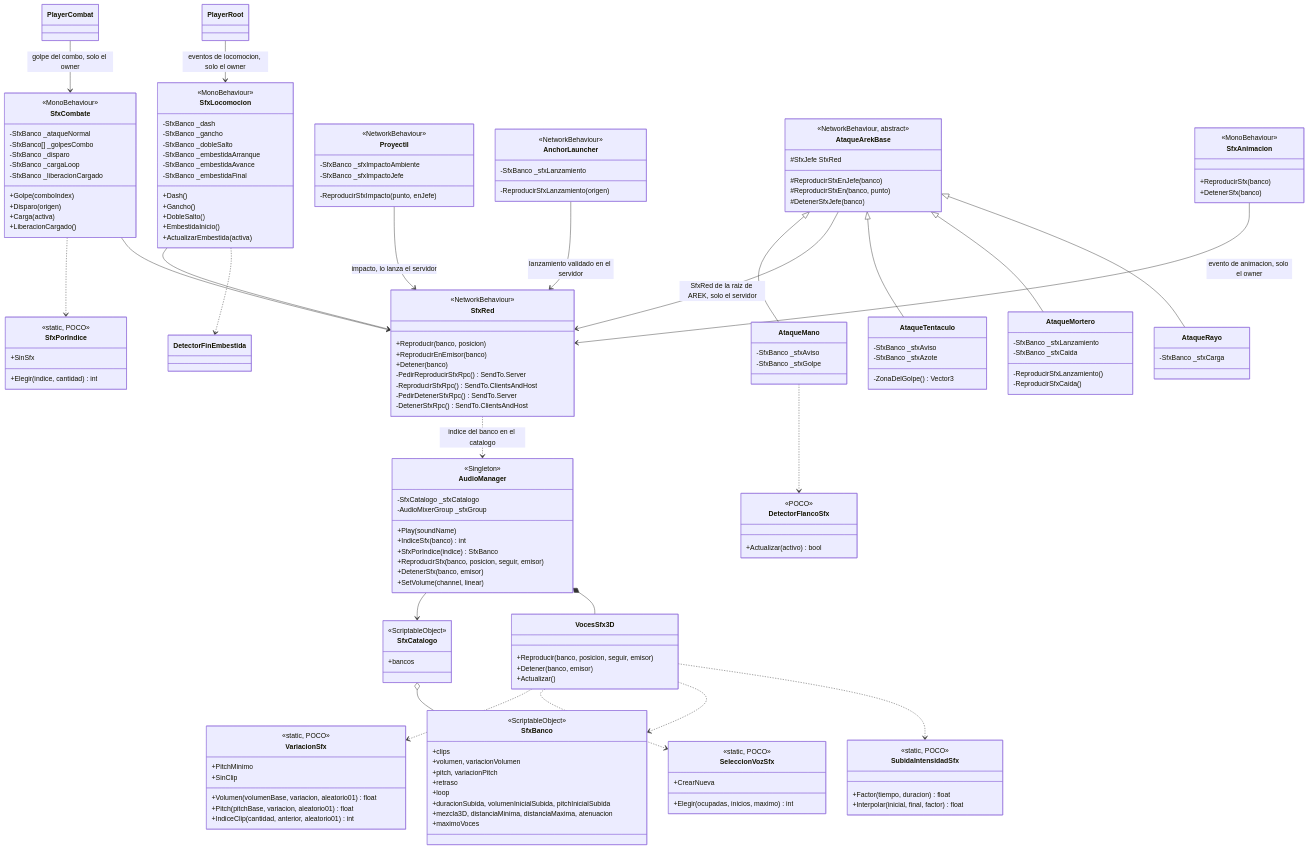
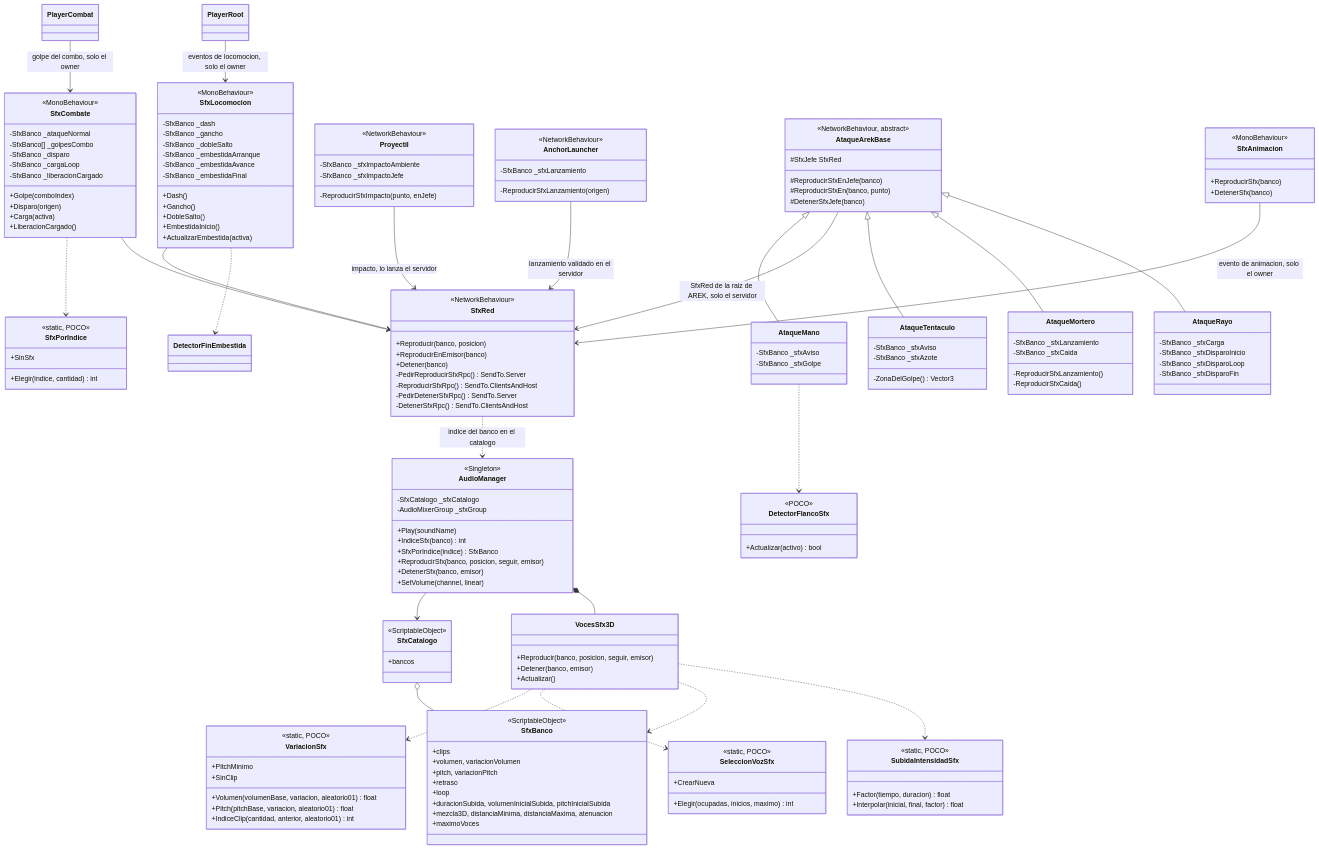
Before and after one commit to VicBojoDev10/DeathOfMeaningRepo: the diagram in docs/diagrams/audio.mermaid, drawn with Mermaid.

Commit message:
doc: add laser firing sounds to the audio diagram

```diff
--- a/docs/diagrams/audio.mermaid
+++ b/docs/diagrams/audio.mermaid
@@ -1,179 +1,182 @@
 classDiagram
     class VariacionSfx {
         <<static, POCO>>
         +PitchMinimo
         +SinClip
         +Volumen(volumenBase, variacion, aleatorio01) float
         +Pitch(pitchBase, variacion, aleatorio01) float
         +IndiceClip(cantidad, anterior, aleatorio01) int
     }
 
     class SeleccionVozSfx {
         <<static, POCO>>
         +CrearNueva
         +Elegir(ocupadas, inicios, maximo) int
     }
 
     class SfxPorIndice {
         <<static, POCO>>
         +SinSfx
         +Elegir(indice, cantidad) int
     }
 
     class SfxCombate {
         <<MonoBehaviour>>
         -SfxBanco _ataqueNormal
         -SfxBanco[] _golpesCombo
         -SfxBanco _disparo
         -SfxBanco _cargaLoop
         -SfxBanco _liberacionCargado
         +Golpe(comboIndex)
         +Disparo(origen)
         +Carga(activa)
         +LiberacionCargado()
     }
 
     class SfxLocomocion {
         <<MonoBehaviour>>
         -SfxBanco _dash
         -SfxBanco _gancho
         -SfxBanco _dobleSalto
         -SfxBanco _embestidaArranque
         -SfxBanco _embestidaAvance
         -SfxBanco _embestidaFinal
         +Dash()
         +Gancho()
         +DobleSalto()
         +EmbestidaInicio()
         +ActualizarEmbestida(activa)
     }
 
     class Proyectil {
         <<NetworkBehaviour>>
         -SfxBanco _sfxImpactoAmbiente
         -SfxBanco _sfxImpactoJefe
         -ReproducirSfxImpacto(punto, enJefe)
     }
 
     class AnchorLauncher {
         <<NetworkBehaviour>>
         -SfxBanco _sfxLanzamiento
         -ReproducirSfxLanzamiento(origen)
     }
 
     class DetectorFlancoSfx {
         <<POCO>>
         +Actualizar(activo) bool
     }
 
     class AtaqueArekBase {
         <<NetworkBehaviour, abstract>>
         #SfxJefe SfxRed
         #ReproducirSfxEnJefe(banco)
         #ReproducirSfxEn(banco, punto)
         #DetenerSfxJefe(banco)
     }
 
     class AtaqueMano {
         -SfxBanco _sfxAviso
         -SfxBanco _sfxGolpe
     }
 
     class AtaqueTentaculo {
         -SfxBanco _sfxAviso
         -SfxBanco _sfxAzote
         -ZonaDelGolpe() Vector3
     }
 
     class AtaqueMortero {
         -SfxBanco _sfxLanzamiento
         -SfxBanco _sfxCaida
         -ReproducirSfxLanzamiento()
         -ReproducirSfxCaida()
     }
 
     class AtaqueRayo {
         -SfxBanco _sfxCarga
+        -SfxBanco _sfxDisparoInicio
+        -SfxBanco _sfxDisparoLoop
+        -SfxBanco _sfxDisparoFin
     }
 
     class SubidaIntensidadSfx {
         <<static, POCO>>
         +Factor(tiempo, duracion) float
         +Interpolar(inicial, final, factor) float
     }
 
     class SfxBanco {
         <<ScriptableObject>>
         +clips
         +volumen, variacionVolumen
         +pitch, variacionPitch
         +retraso
         +loop
         +duracionSubida, volumenInicialSubida, pitchInicialSubida
         +mezcla3D, distanciaMinima, distanciaMaxima, atenuacion
         +maximoVoces
     }
 
     class SfxCatalogo {
         <<ScriptableObject>>
         +bancos
     }
 
     class AudioManager {
         <<Singleton>>
         -SfxCatalogo _sfxCatalogo
         -AudioMixerGroup _sfxGroup
         +Play(soundName)
         +IndiceSfx(banco) int
         +SfxPorIndice(indice) SfxBanco
         +ReproducirSfx(banco, posicion, seguir, emisor)
         +DetenerSfx(banco, emisor)
         +SetVolume(channel, linear)
     }
 
     class VocesSfx3D {
         +Reproducir(banco, posicion, seguir, emisor)
         +Detener(banco, emisor)
         +Actualizar()
     }
 
     class SfxRed {
         <<NetworkBehaviour>>
         +Reproducir(banco, posicion)
         +ReproducirEnEmisor(banco)
         +Detener(banco)
         -PedirReproducirSfxRpc() SendTo.Server
         -ReproducirSfxRpc() SendTo.ClientsAndHost
         -PedirDetenerSfxRpc() SendTo.Server
         -DetenerSfxRpc() SendTo.ClientsAndHost
     }
 
     class SfxAnimacion {
         <<MonoBehaviour>>
         +ReproducirSfx(banco)
         +DetenerSfx(banco)
     }
 
     SfxCatalogo o-- SfxBanco
     AudioManager --> SfxCatalogo
     AudioManager *-- VocesSfx3D
     VocesSfx3D ..> VariacionSfx
     VocesSfx3D ..> SeleccionVozSfx
     VocesSfx3D ..> SfxBanco
     SfxRed ..> AudioManager : indice del banco en el catalogo
     SfxAnimacion --> SfxRed : evento de animacion, solo el owner
     PlayerCombat --> SfxCombate : golpe del combo, solo el owner
     SfxCombate ..> SfxPorIndice
     SfxCombate --> SfxRed
     VocesSfx3D ..> SubidaIntensidadSfx
     PlayerRoot --> SfxLocomocion : eventos de locomocion, solo el owner
     SfxLocomocion --> SfxRed
     Proyectil --> SfxRed : impacto, lo lanza el servidor
     SfxLocomocion ..> DetectorFinEmbestida
     AnchorLauncher --> SfxRed : lanzamiento validado en el servidor
     AtaqueArekBase <|-- AtaqueMano
     AtaqueArekBase --> SfxRed : SfxRed de la raiz de AREK, solo el servidor
     AtaqueMano ..> DetectorFlancoSfx
     AtaqueArekBase <|-- AtaqueTentaculo
     AtaqueArekBase <|-- AtaqueMortero
     AtaqueArekBase <|-- AtaqueRayo
```
